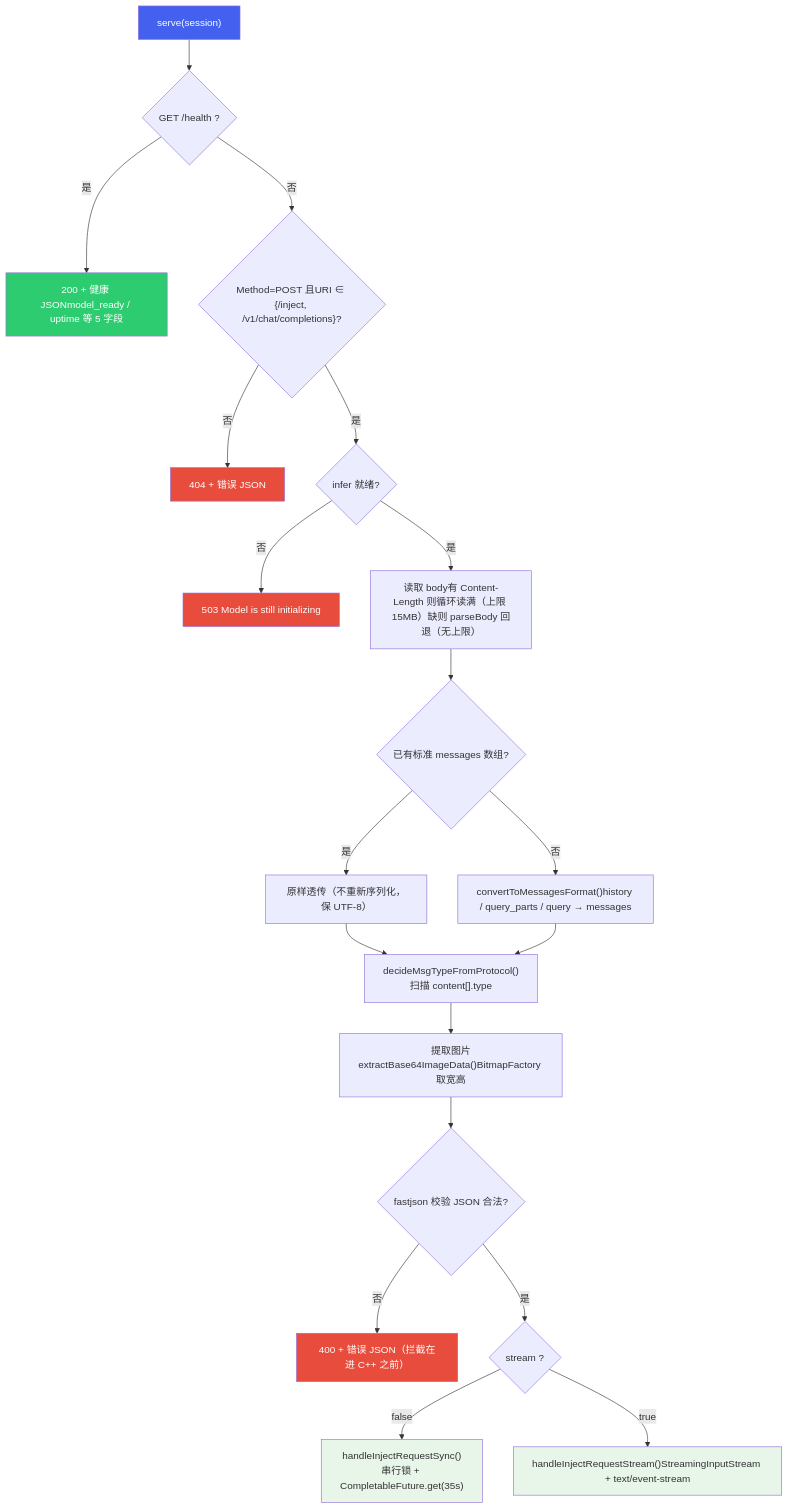
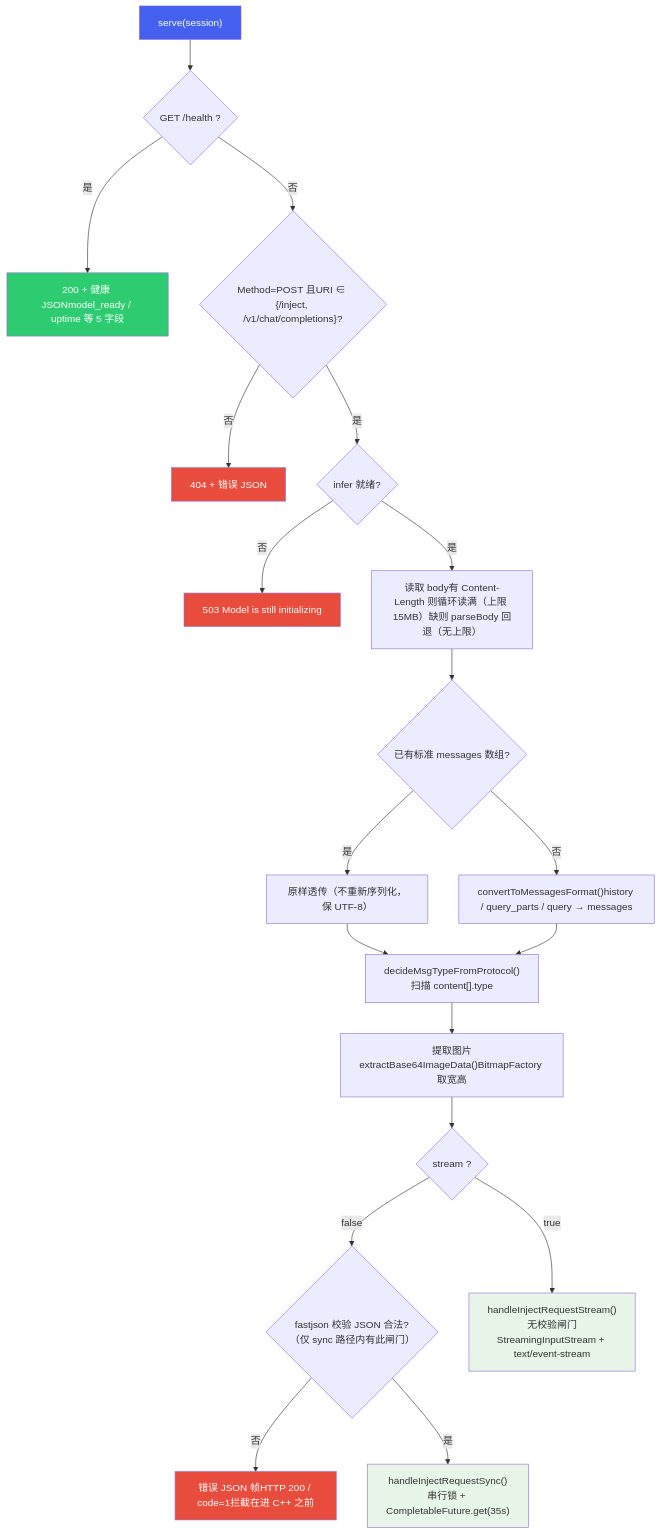
The third of 6 diagrams in cockpit/projects/lantu/apk-integration.md (ranpin/edge-ai-docs), drawn with Mermaid before and after one commit. The commit also changed other lines of this file and 12 other files, not shown here.

````diff
--- a/cockpit/projects/lantu/apk-integration.md
+++ b/cockpit/projects/lantu/apk-integration.md
@@ -309,29 +311,29 @@
 ```mermaid
 flowchart TB
     S["serve(session)"] --> H{"GET /health ?"}
     H -->|是| HOK["200 + 健康 JSONmodel_ready / uptime 等 5 字段"]
     H -->|否| M{"Method=POST 且URI ∈ {/inject, /v1/chat/completions}?"}
     M -->|否| E404["404 + 错误 JSON"]
     M -->|是| RDY{"infer 就绪?"}
     RDY -->|否| E503["503 Model is still initializing"]
     RDY -->|是| R["读取 body有 Content-Length 则循环读满（上限 15MB）缺则 parseBody 回退（无上限）"]
     R --> P{"已有标准 messages 数组?"}
     P -->|是| KEEP["原样透传（不重新序列化，保 UTF-8）"]
     P -->|否| CONV["convertToMessagesFormat()history / query_parts / query → messages"]
     KEEP --> MT["decideMsgTypeFromProtocol()扫描 content[].type"]
     CONV --> MT
     MT --> IMG["提取图片extractBase64ImageData()BitmapFactory 取宽高"]
-    IMG --> V{"fastjson 校验 JSON 合法?"}
-    V -->|否| EBAD["400 + 错误 JSON（拦截在进 C++ 之前）"]
-    V -->|是| ST{"stream ?"}
-    ST -->|false| SYNC["handleInjectRequestSync()串行锁 + CompletableFuture.get(35s)"]
-    ST -->|true| SSE["handleInjectRequestStream()StreamingInputStream + text/event-stream"]
+    IMG --> ST{"stream ?"}
+    ST -->|false| V{"fastjson 校验 JSON 合法?（仅 sync 路径内有此闸门）"}
+    V -->|否| EBAD["错误 JSON 帧HTTP 200 / code=1拦截在进 C++ 之前"]
+    V -->|是| SYNC["handleInjectRequestSync()串行锁 + CompletableFuture.get(35s)"]
+    ST -->|true| SSE["handleInjectRequestStream()无校验闸门StreamingInputStream + text/event-stream"]
 
     style S fill:#4361ee,color:#fff
     style HOK fill:#2ecc71,color:#fff
     style EBAD fill:#e74c3c,color:#fff
     style E404 fill:#e74c3c,color:#fff
     style E503 fill:#e74c3c,color:#fff
     style SYNC fill:#e8f5e9
     style SSE fill:#e8f5e9
 ```
````
